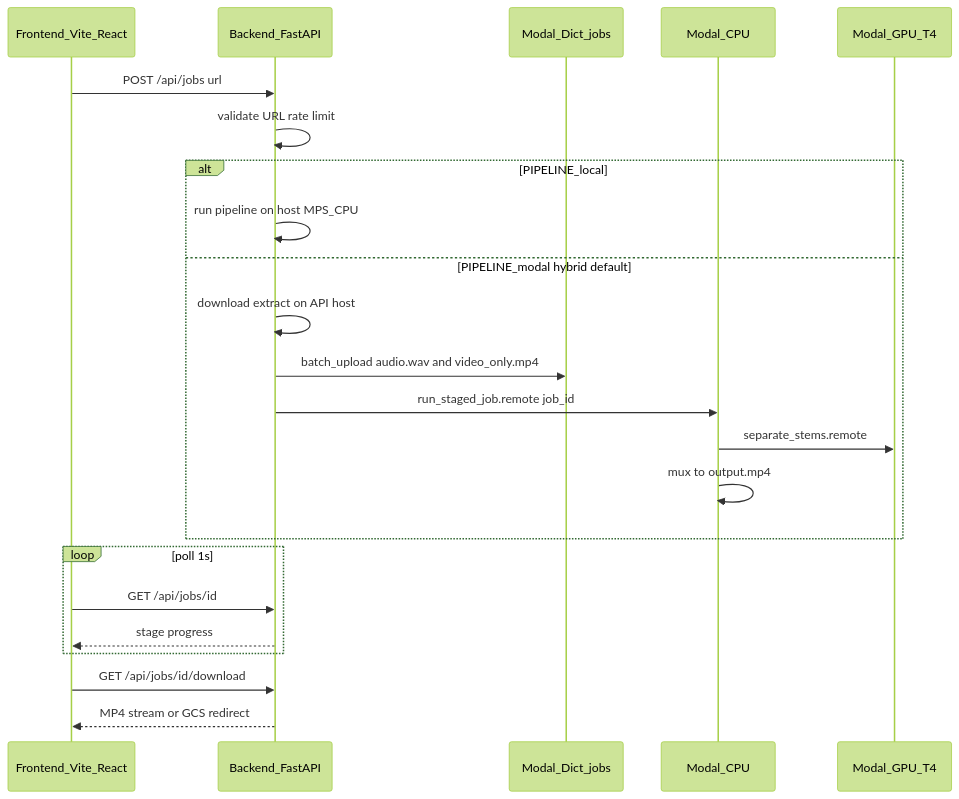
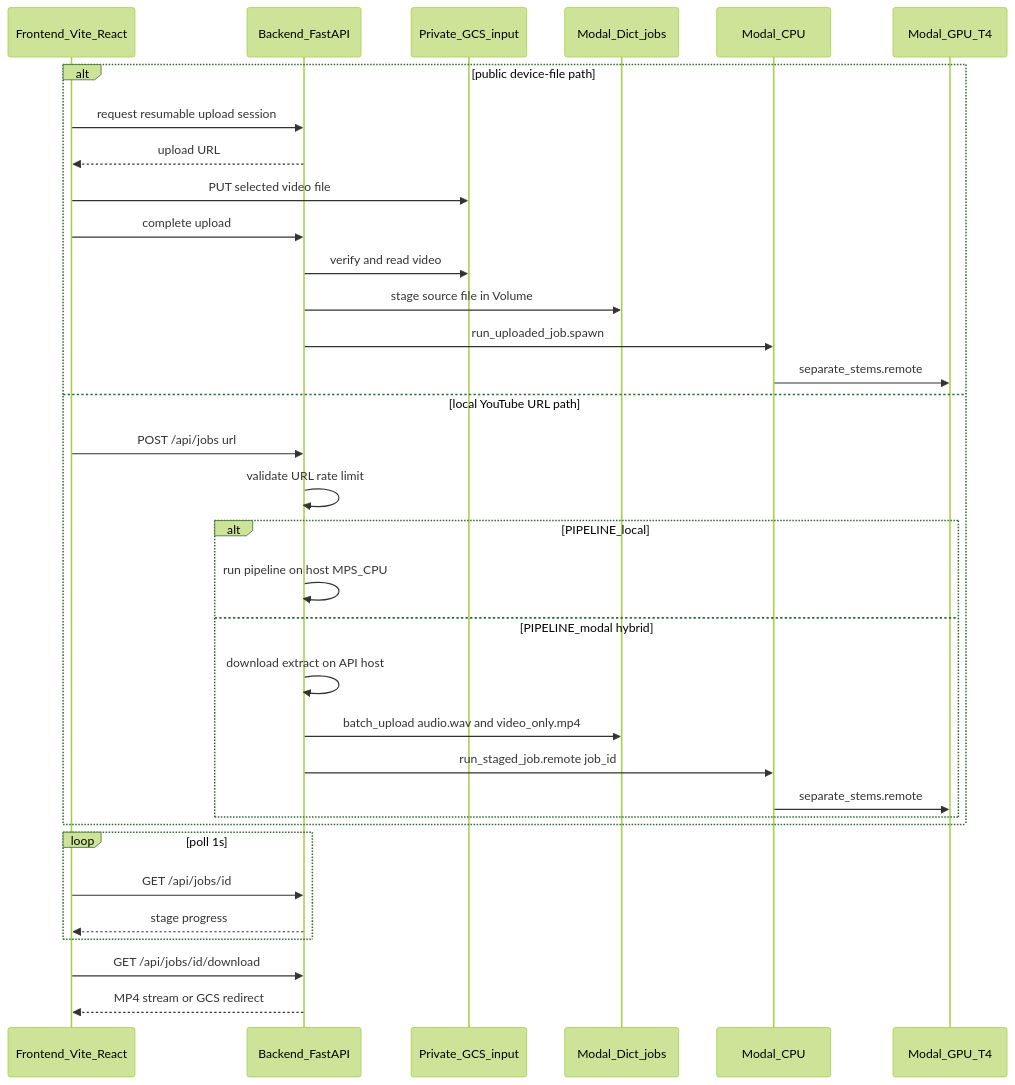
Before and after one commit to kittipatkampa/stemdeck: the diagram in webapp-karaoke/docs/HANDOFF.md, drawn with Mermaid (forest theme). The commit also changed other lines of this file and 15 other files, not shown here.

Commit message:
Add device video uploads to public karaoke app

````diff
--- a/webapp-karaoke/docs/HANDOFF.md
+++ b/webapp-karaoke/docs/HANDOFF.md
@@ -25,25 +25,36 @@
 ```mermaid
 sequenceDiagram
     participant FE as Frontend_Vite_React
     participant BE as Backend_FastAPI
+    participant GCS as Private_GCS_input
     participant MD as Modal_Dict_jobs
     participant CPU as Modal_CPU
     participant GPU as Modal_GPU_T4
-    FE->>BE: POST /api/jobs url
-    BE->>BE: validate URL rate limit
-    alt PIPELINE_local
-        BE->>BE: run pipeline on host MPS_CPU
-    else PIPELINE_modal hybrid default
-        BE->>BE: download extract on API host
-        BE->>MD: batch_upload audio.wav and video_only.mp4
-        BE->>CPU: run_staged_job.remote job_id
+    alt public device-file path
+        FE->>BE: request resumable upload session
+        BE-->>FE: upload URL
+        FE->>GCS: PUT selected video file
+        FE->>BE: complete upload
+        BE->>GCS: verify and read video
+        BE->>MD: stage source file in Volume
+        BE->>CPU: run_uploaded_job.spawn
         CPU->>GPU: separate_stems.remote
-        CPU->>CPU: mux to output.mp4
+    else local YouTube URL path
+        FE->>BE: POST /api/jobs url
+        BE->>BE: validate URL rate limit
+        alt PIPELINE_local
+            BE->>BE: run pipeline on host MPS_CPU
+        else PIPELINE_modal hybrid
+            BE->>BE: download extract on API host
+            BE->>MD: batch_upload audio.wav and video_only.mp4
+            BE->>CPU: run_staged_job.remote job_id
+            CPU->>GPU: separate_stems.remote
+        end
     end
     loop poll 1s
         FE->>BE: GET /api/jobs/id
         BE-->>FE: stage progress
     end
     FE->>BE: GET /api/jobs/id/download
     BE-->>FE: MP4 stream or GCS redirect
 ```
````
